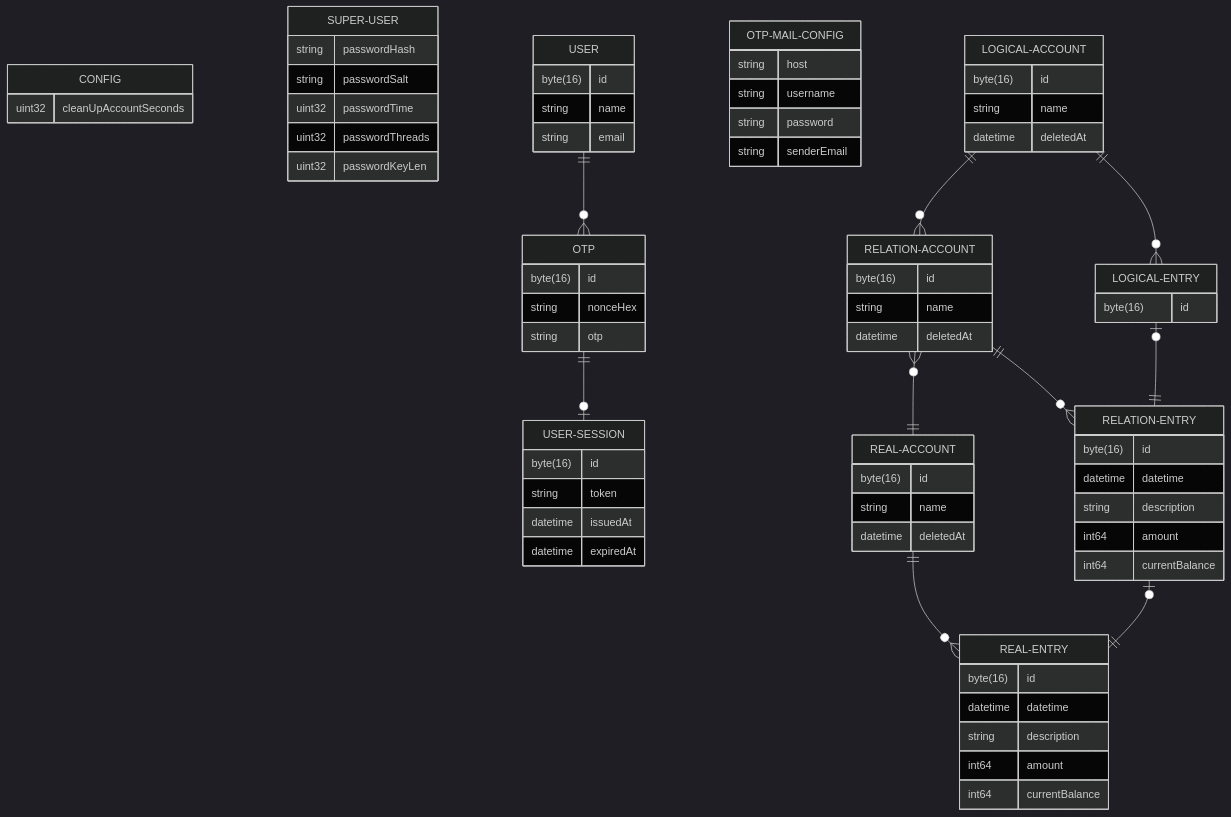
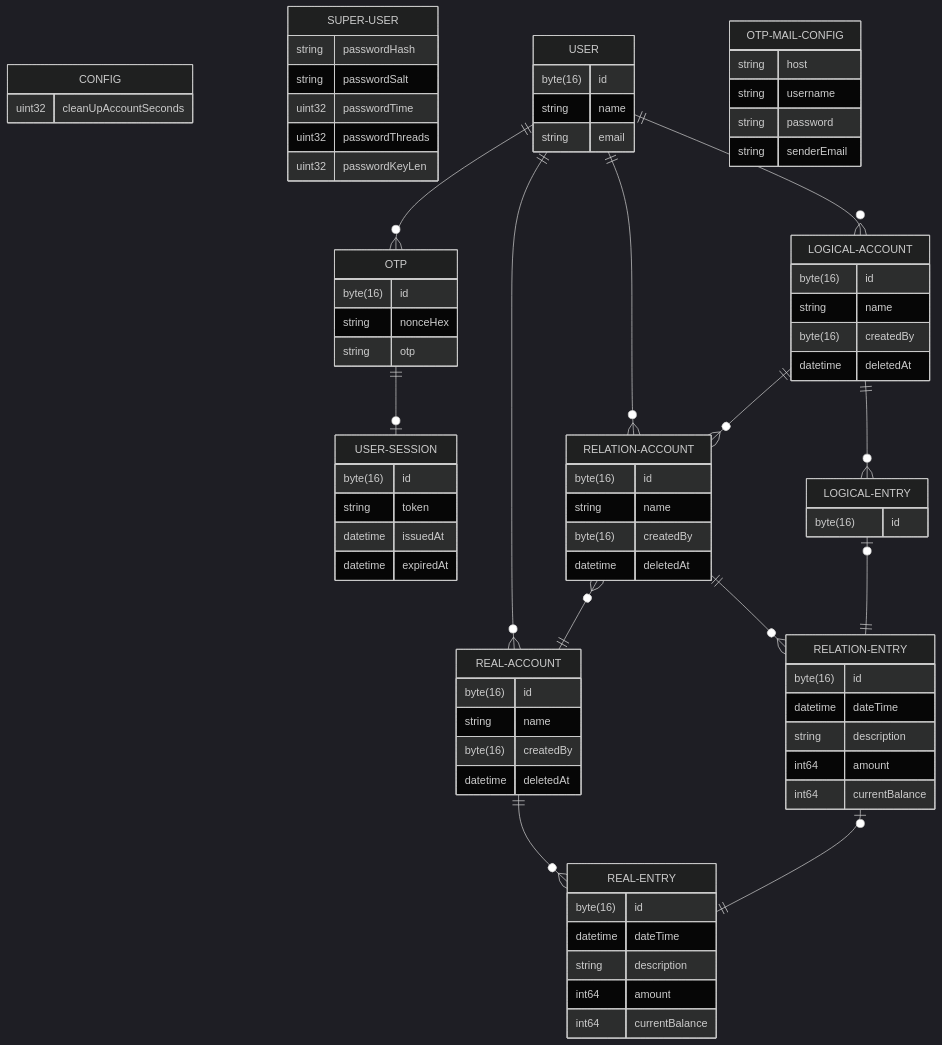
One commit to ilhammhdd/pitih changed the diagram in doc/entity-relationship-diagram.mermaid. Above: the diagram before and after it, drawn with Mermaid (dark theme).

Commit message:
updated entities relations

```diff
--- a/doc/entity-relationship-diagram.mermaid
+++ b/doc/entity-relationship-diagram.mermaid
@@ -1,90 +1,96 @@
 %% v2.0.0
 erDiagram
     CONFIG {
         uint32 cleanUpAccountSeconds
     }
 
     SUPER-USER {
         string passwordHash
         string passwordSalt
         uint32 passwordTime
         uint32 passwordThreads
         uint32 passwordKeyLen
     }
 
     USER {
         byte(16) id
         string name
         string email
     }
 
     OTP {
         byte(16) id
         string nonceHex
         string otp
     }
 
     OTP-MAIL-CONFIG {
         string host
         string username
         string password
         string senderEmail
     }
 
     USER-SESSION {
         byte(16) id
         string token
         datetime issuedAt
         datetime expiredAt
     }
 
     REAL-ACCOUNT {
         byte(16) id
         string name
+        byte(16) createdBy
         datetime deletedAt
     }
 
     LOGICAL-ACCOUNT {
         byte(16) id
         string name
+        byte(16) createdBy
         datetime deletedAt
     }
 
     RELATION-ACCOUNT {
         byte(16) id
         string name
+        byte(16) createdBy
         datetime deletedAt
     }
 
     LOGICAL-ENTRY {
         byte(16) id
     }
 
     RELATION-ENTRY {
         byte(16) id
-        datetime datetime
+        datetime dateTime
         string description
         int64 amount
         int64 currentBalance
     }
 
     REAL-ENTRY {
         byte(16) id
-        datetime datetime
+        datetime dateTime
         string description
         int64 amount
         int64 currentBalance
     }
 
-    USER ||--o{ OTP : ""
-    OTP ||--o| USER-SESSION : ""
+    USER ||--o{ OTP: ""
+    OTP ||--o| USER-SESSION: ""
+    USER ||--o{ REAL-ACCOUNT: ""
+    USER ||--o{ RELATION-ACCOUNT: ""
+    USER ||--o{ LOGICAL-ACCOUNT: ""
 
     LOGICAL-ACCOUNT ||--o{ RELATION-ACCOUNT: ""
     RELATION-ACCOUNT }o--|| REAL-ACCOUNT: ""
 
-    REAL-ACCOUNT ||--o{ REAL-ENTRY : ""
-    RELATION-ACCOUNT ||--o{ RELATION-ENTRY : ""
-    LOGICAL-ACCOUNT ||--o{ LOGICAL-ENTRY : ""
+    REAL-ACCOUNT ||--o{ REAL-ENTRY: ""
+    RELATION-ACCOUNT ||--o{ RELATION-ENTRY: ""
+    LOGICAL-ACCOUNT ||--o{ LOGICAL-ENTRY: ""
 
-    LOGICAL-ENTRY |o--|| RELATION-ENTRY : ""
-    RELATION-ENTRY |o--|| REAL-ENTRY : ""
+    LOGICAL-ENTRY |o--|| RELATION-ENTRY: ""
+    RELATION-ENTRY |o--|| REAL-ENTRY: ""
```
